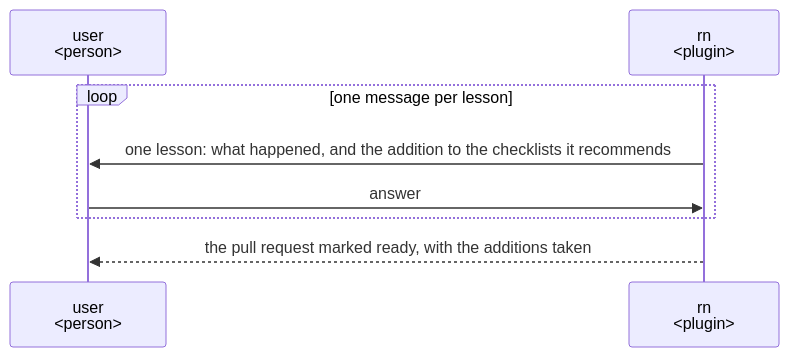
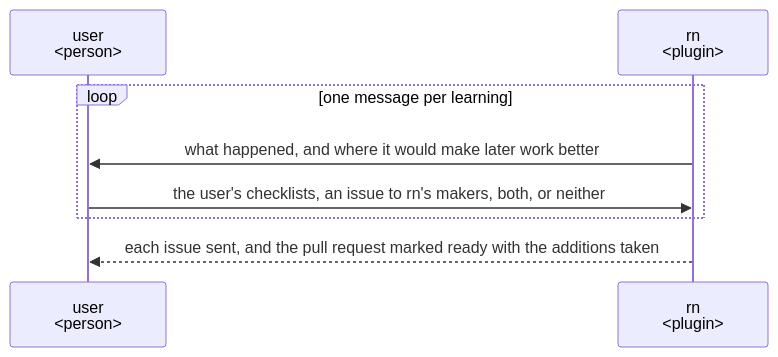
The fifth of 5 diagrams in dev/rn/ux.md (lovaizu/ccpm), drawn with Mermaid before and after one commit. The commit also changed other lines of this file and 1 other file, not shown here.

````diff
--- a/dev/rn/ux.md
+++ b/dev/rn/ux.md
@@ -159,10 +159,10 @@
 ```mermaid
 sequenceDiagram
   participant U as user<br/>#lt;person#gt;
   participant R as rn<br/>#lt;plugin#gt;
-  loop one message per lesson
-    R->>U: one lesson: what happened, and the addition to the checklists it recommends
-    U->>R: answer
+  loop one message per learning
+    R->>U: what happened, and where it would make later work better
+    U->>R: the user's checklists, an issue to rn's makers, both, or neither
   end
-  R-->>U: the pull request marked ready, with the additions taken
+  R-->>U: each issue sent, and the pull request marked ready with the additions taken
 ```
````
